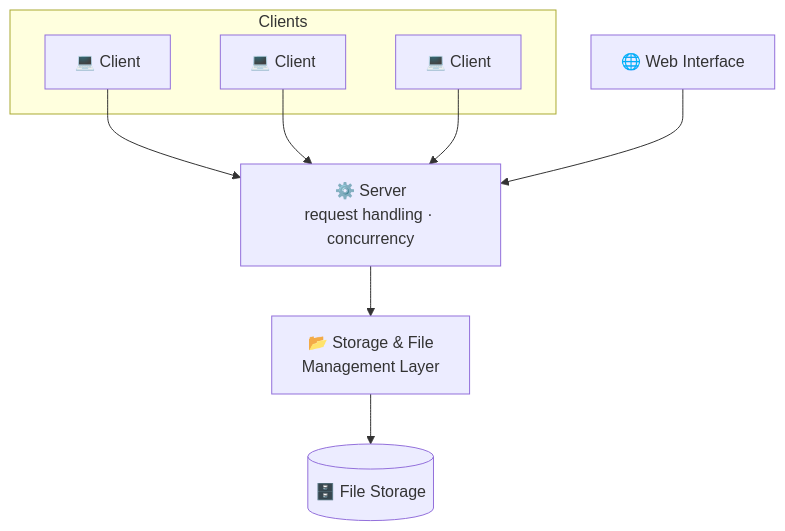
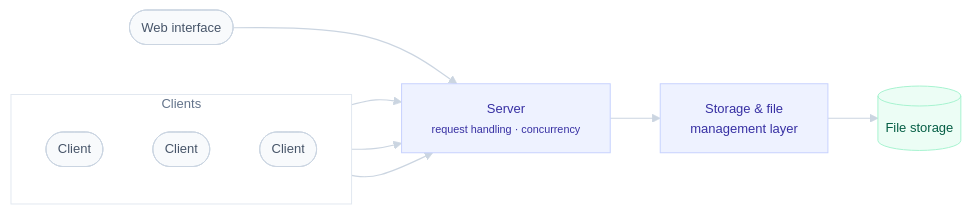
The diagram in systems-programming-drive-clone/README.md (OrBrener1/Or-Brener-Portfolio), drawn with Mermaid before and after one commit. The commit also changed 2 other files, not shown here.

Commit message:
Restore list layout in main README; refine diagram styling

````diff
--- a/systems-programming-drive-clone/README.md
+++ b/systems-programming-drive-clone/README.md
@@ -36,19 +36,33 @@
 ```mermaid
-flowchart TB
-    subgraph Clients
-        C1["💻 Client"]
-        C2["💻 Client"]
-        C3["💻 Client"]
+%%{init: {'theme':'base','themeVariables':{'fontFamily':'-apple-system, BlinkMacSystemFont, Segoe UI, Helvetica, Arial, sans-serif','fontSize':'13px','primaryColor':'#f1f5f9','primaryTextColor':'#334155','primaryBorderColor':'#cbd5e1','lineColor':'#94a3b8','clusterBkg':'#00000000','clusterBorder':'#e2e8f0','titleColor':'#64748b'}}}%%
+flowchart LR
+    subgraph CL [ Clients ]
+        direction TB
+        C1(["Client"])
+        C2(["Client"])
+        C3(["Client"])
     end
-    W["🌐 Web Interface"]
-    S["⚙️ Server<br/>request handling · concurrency"]
-    L["📂 Storage & File<br/>Management Layer"]
-    D[("🗄️ File Storage")]
+
+    W(["Web interface"])
+
+    S["Server<br/><small>request handling · concurrency</small>"]
+    L["Storage &amp; file<br/>management layer"]
+    D[("File storage")]
 
     C1 --> S
     C2 --> S
     C3 --> S
     W --> S
     S --> L
     L --> D
+
+    classDef client fill:#f8fafc,stroke:#cbd5e1,stroke-width:1px,color:#475569
+    classDef core fill:#eef2ff,stroke:#c7d2fe,stroke-width:1px,color:#3730a3
+    classDef store fill:#ecfdf5,stroke:#a7f3d0,stroke-width:1px,color:#065f46
+
+    class C1,C2,C3,W client
+    class S,L core
+    class D store
+
+    linkStyle default stroke:#cbd5e1,stroke-width:1.2px
 ```
````
